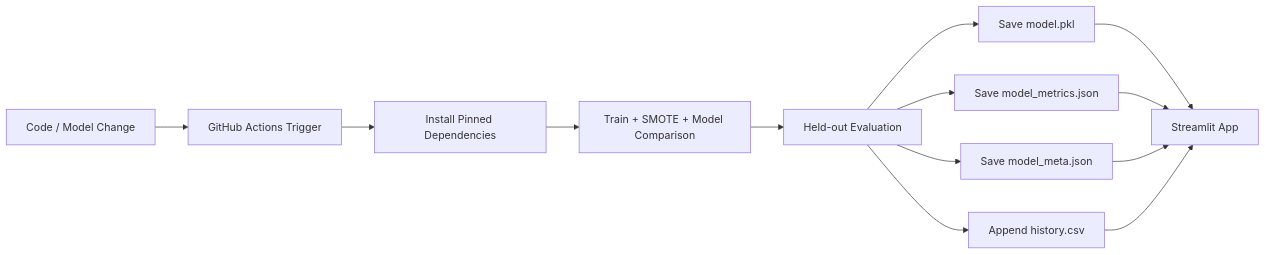
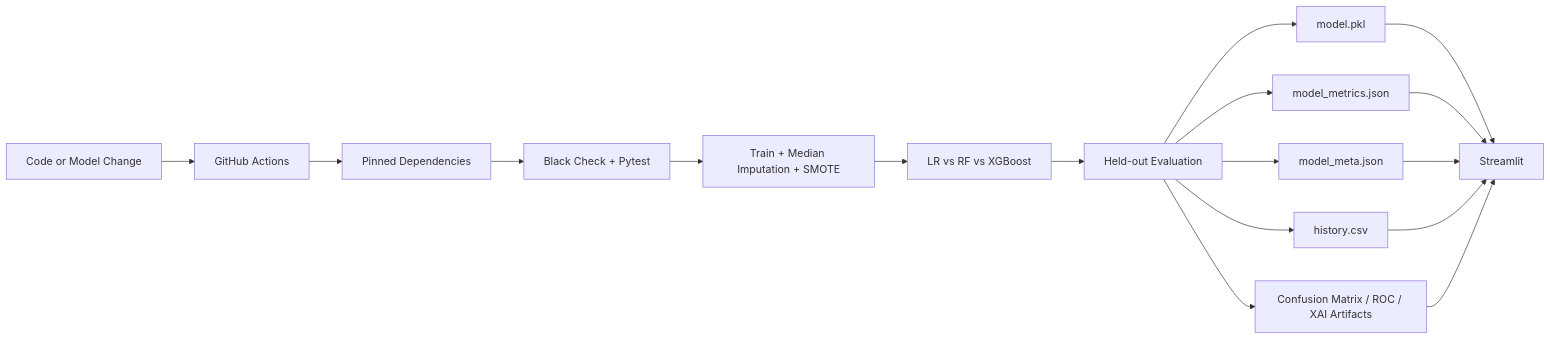
The diagram in README.md (kashish-alt0786/Medical-IT-Diabetes-AI-Project), drawn with Mermaid before and after one commit. The commit also changed other lines of this file, not shown here.

Commit message:
docs: update README for the complete MLOps and clinical ecosystem architecture

````diff
--- a/README.md
+++ b/README.md
@@ -37,15 +47,19 @@
 ```mermaid
 flowchart LR
-    A[Code / Model Change] --> B[GitHub Actions Trigger]
-    B --> C[Install Pinned Dependencies]
-    C --> D[Train + SMOTE + Model Comparison]
-    D --> E[Held-out Evaluation]
-    E --> F[Save model.pkl]
-    E --> G[Save model_metrics.json]
-    E --> H[Save model_meta.json]
-    E --> I[Append history.csv]
-    F --> J[Streamlit App]
-    G --> J
-    H --> J
-    I --> J
+    A[Code or Model Change] --> B[GitHub Actions]
+    B --> C[Pinned Dependencies]
+    C --> D[Black Check + Pytest]
+    D --> E[Train + Median Imputation + SMOTE]
+    E --> F[LR vs RF vs XGBoost]
+    F --> G[Held-out Evaluation]
+    G --> H[model.pkl]
+    G --> I[model_metrics.json]
+    G --> J[model_meta.json]
+    G --> K[history.csv]
+    G --> L[Confusion Matrix / ROC / XAI Artifacts]
+    H --> M[Streamlit]
+    I --> M
+    J --> M
+    K --> M
+    L --> M
 ```
````
